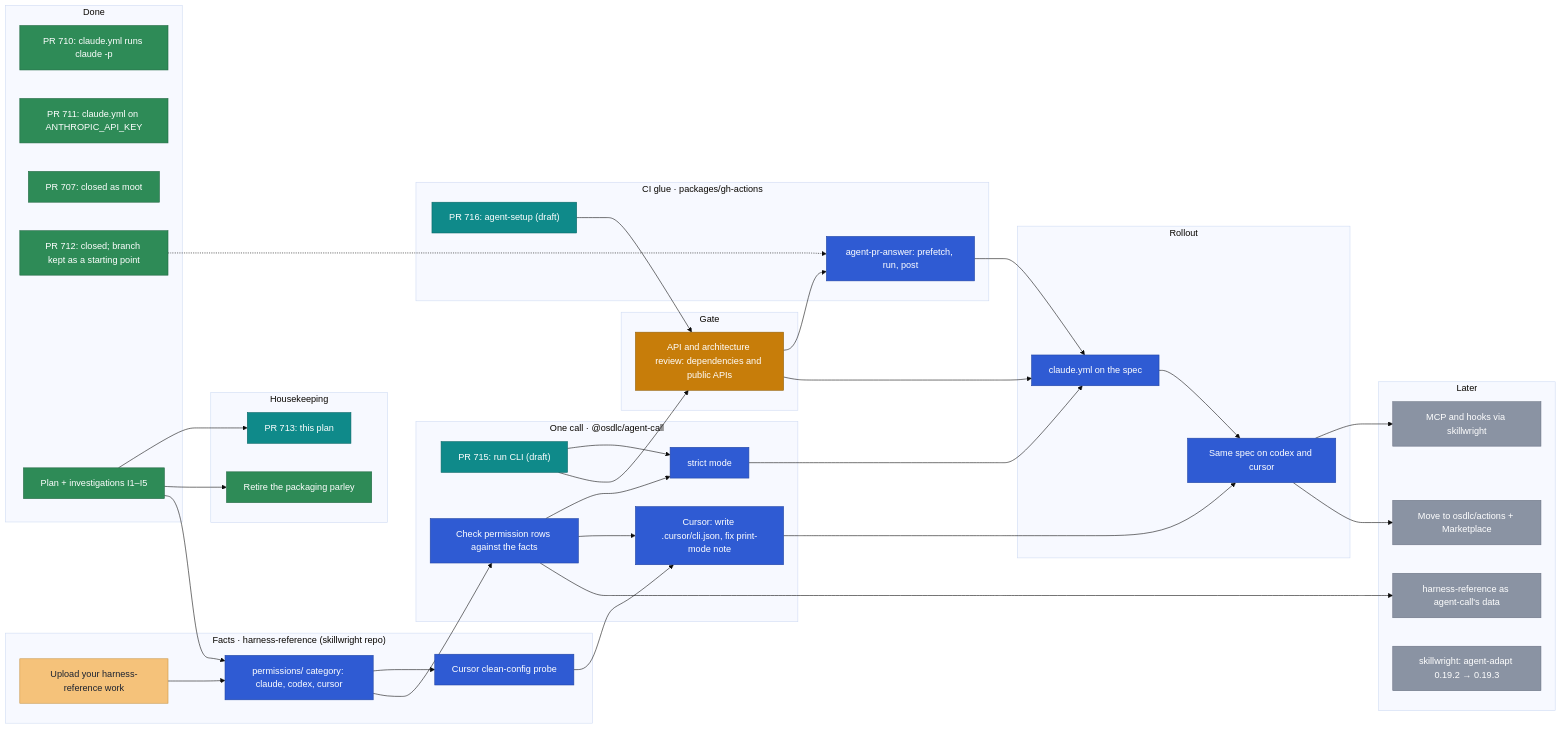
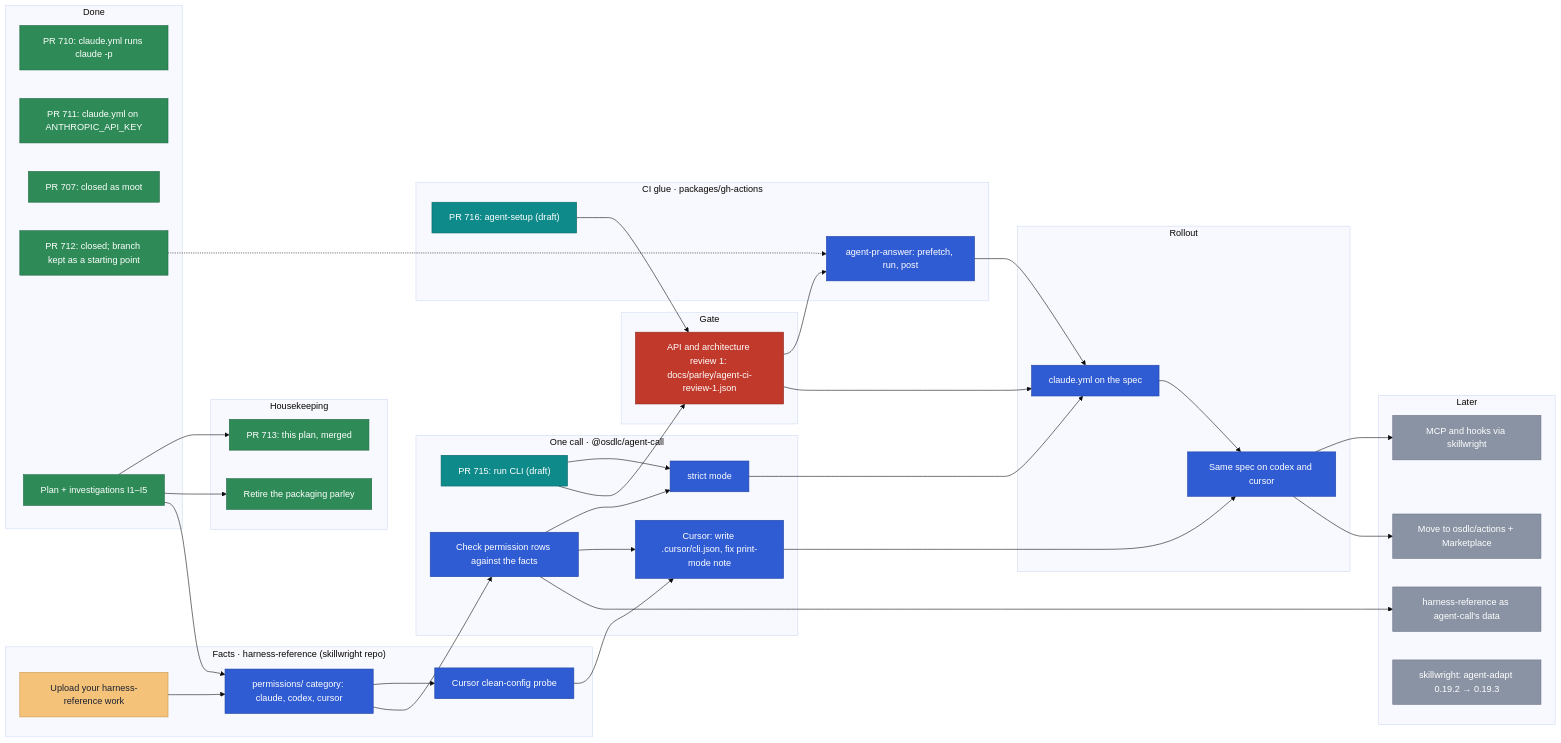
The diagram in docs/planning/agent-ci.md (osdlc/osdlc), drawn with Mermaid (base theme) before and after one commit. The commit also changed other lines of this file and 1 other file, not shown here.

Commit message:
docs(planning): record PR 713 merged and open API review 1

````diff
--- a/docs/planning/agent-ci.md
+++ b/docs/planning/agent-ci.md
@@ -39,82 +39,81 @@
 ```mermaid
 flowchart LR
   subgraph done["Done"]
     W710["PR 710: claude.yml runs claude -p"]
     P711["PR 711: claude.yml on ANTHROPIC_API_KEY"]
     P707["PR 707: closed as moot"]
     P712["PR 712: closed; branch kept as a starting point"]
     PLAN["Plan + investigations I1–I5"]
   end
   subgraph house["Housekeeping"]
-    PLANPR["PR 713: this plan"]
+    PLANPR["PR 713: this plan, merged"]
     PARLEY["Retire the packaging parley"]
   end
   subgraph facts["Facts · harness-reference (skillwright repo)"]
     UP["Upload your harness-reference work"]
     PERM["permissions/ category: claude, codex, cursor"]
     PROBE["Cursor clean-config probe"]
   end
   subgraph call["One call · @osdlc/agent-call"]
     RUN["PR 715: run CLI (draft)"]
     CHECK["Check permission rows against the facts"]
     STRICT["strict mode"]
     CUR["Cursor: write .cursor/cli.json, fix print-mode note"]
   end
   subgraph gate["Gate"]
-    ARCH["API and architecture review: dependencies and public APIs"]
+    ARCH["API and architecture review 1: docs/parley/agent-ci-review-1.json"]
   end
   subgraph acts["CI glue · packages/gh-actions"]
     SETUP["PR 716: agent-setup (draft)"]
     ANS["agent-pr-answer: prefetch, run, post"]
   end
   subgraph roll["Rollout"]
     SPEC["claude.yml on the spec"]
     MULTI["Same spec on codex and cursor"]
   end
   subgraph later["Later"]
     MCP["MCP and hooks via skillwright"]
     PUB["Move to osdlc/actions + Marketplace"]
     DATA["harness-reference as agent-call's data"]
     PIN["skillwright: agent-adapt 0.19.2 → 0.19.3"]
   end
 
   PLAN --> PLANPR
   PLAN --> PARLEY
   UP --> PERM
   PLAN --> PERM
   PERM --> PROBE
   PERM --> CHECK
   CHECK --> STRICT
   RUN --> STRICT
   PROBE --> CUR
   CHECK --> CUR
   P712 -.-> ANS
   RUN --> ARCH
   SETUP --> ARCH
   ARCH --> ANS
   ARCH --> SPEC
   ANS --> SPEC
   STRICT --> SPEC
   SPEC --> MULTI
   CUR --> MULTI
   MULTI --> MCP
   MULTI --> PUB
   CHECK --> DATA
 
   classDef done fill:#2e8b57,stroke:#1f6640,color:#ffffff
   classDef review fill:#0f8a8a,stroke:#0a6666,color:#ffffff
   classDef ready fill:#7a4fc2,stroke:#5a3596,color:#ffffff
   classDef blocked fill:#c0392b,stroke:#8e2a20,color:#ffffff
   classDef external fill:#e88fb4,stroke:#b8628a,color:#1b2230
   classDef active fill:#c77d0a,stroke:#94600a,color:#ffffff
   classDef yours fill:#f5c27a,stroke:#c99545,color:#1b2230
   classDef next fill:#2f5bd3,stroke:#2144a3,color:#ffffff
   classDef later fill:#8a93a3,stroke:#6b7384,color:#ffffff
-  class W710,P711,P707,P712,PLAN,PARLEY done
+  class W710,P711,P707,P712,PLAN,PARLEY,PLANPR done
   class UP yours
-  class PLANPR review
-  class ARCH active
+  class ARCH blocked
   class RUN,SETUP review
   class PERM,PROBE,CHECK,STRICT,CUR,ANS,SPEC,MULTI next
   class MCP,PUB,DATA,PIN later
 ```
````
